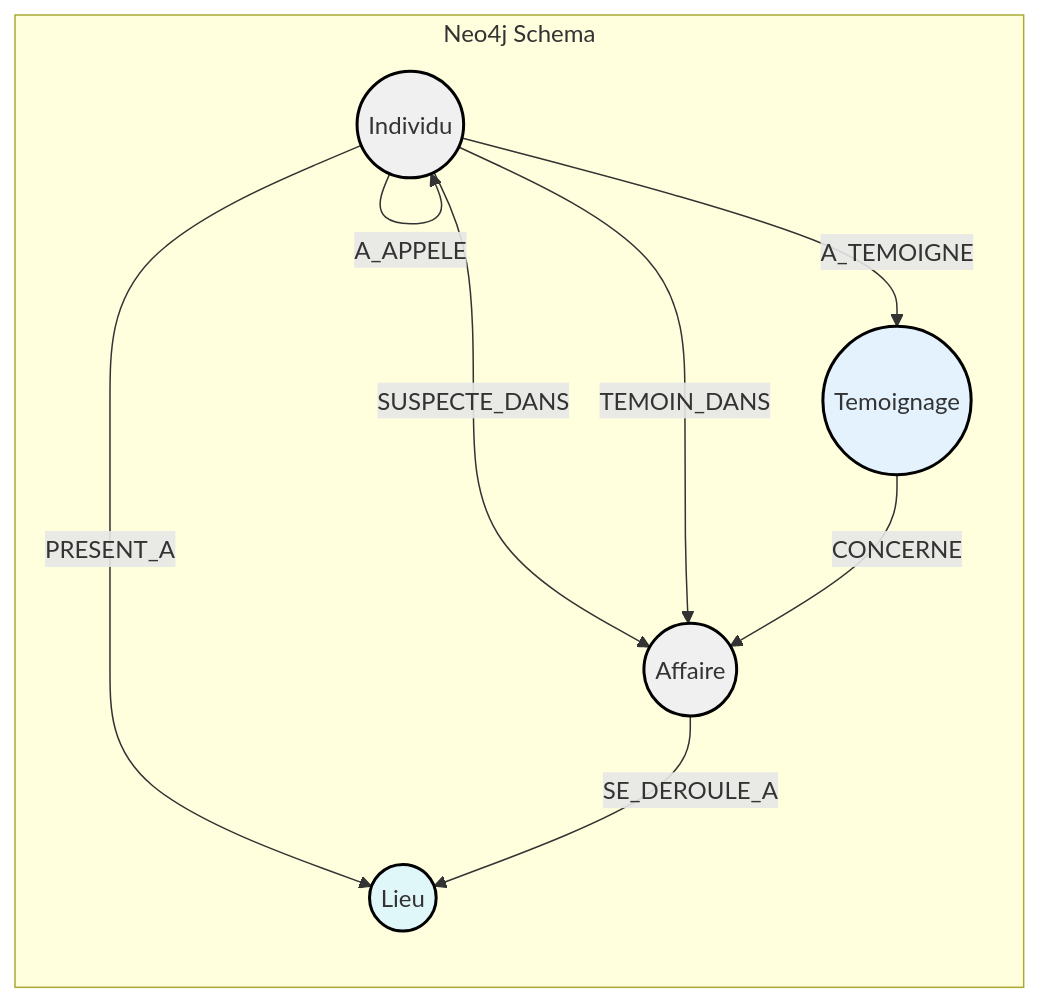
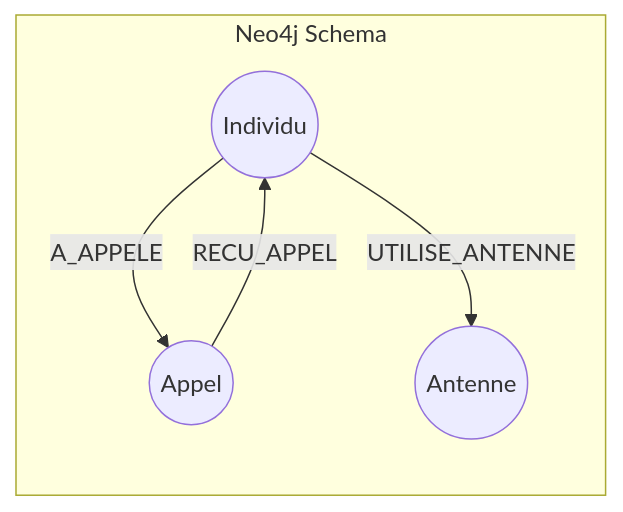
One commit to Sagbyy/crime-lab changed the second of 2 diagrams in README.md. Above: the diagram before and after it, drawn with Mermaid. The commit also changed other lines of this file and 5 other files, not shown here.

Commit message:
Refactor database schemas and update seed data; remove obsolete Neo4j and MongoDB schemas, enhance seed-neo4j.cypher with new data and relationships, and modify docker-compose.yaml for service restart policy.

````diff
--- a/README.md
+++ b/README.md
@@ -42,17 +33,8 @@
 ```mermaid
 graph LR
     subgraph Neo4j Schema
-        N_I((Individu)) -->|SUSPECTE_DANS| N_A((Affaire))
-        N_I -->|TEMOIN_DANS| N_A
-        N_I -->|A_APPELE| N_I
-        N_I -->|PRESENT_A| N_L((Lieu))
-        N_A -->|SE_DEROULE_A| N_L
-        N_I -->|A_TEMOIGNE| N_T((Temoignage))
-        N_T -->|CONCERNE| N_A
+        N_I((Individu)) -->|A_APPELE| N_A((Appel))
+        N_A -->|RECU_APPEL| N_I
+        N_I -->|UTILISE_ANTENNE | N_ANT((Antenne))
     end
-
-    style N_I fill:#f0f0f0,stroke:#000,stroke-width:2px
-    style N_A fill:#f0f0f0,stroke:#000,stroke-width:2px
-    style N_L fill:#e0f7fa,stroke:#000,stroke-width:2px
-    style N_T fill:#e3f2fd,stroke:#000,stroke-width:2px
 ```
````
